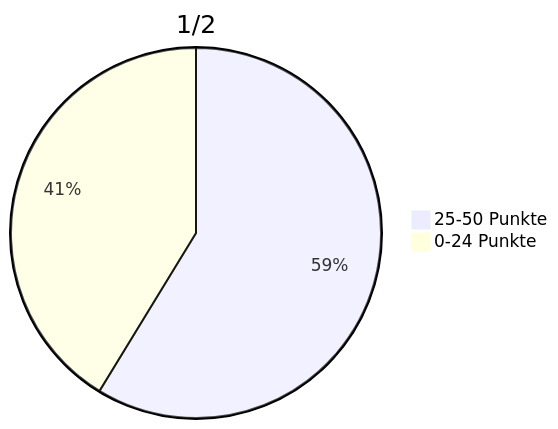
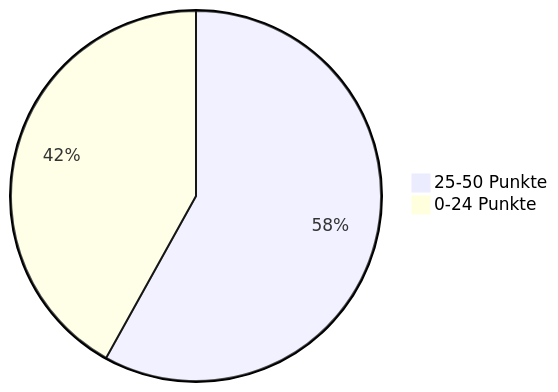
One commit to jappuccini/java-docs changed diagram 15 of 16 in docs/additional-material/daniel-java2/exam-results.md. Above: the diagram before and after it, drawn with Mermaid. The commit also changed other lines of this file and 76 other files, not shown here.

Commit message:
uml fixes (colons, properties), headline fixes (italic) and exam result updates

````diff
--- a/docs/additional-material/daniel-java2/exam-results.md
+++ b/docs/additional-material/daniel-java2/exam-results.md
@@ -27,5 +197,5 @@
 ```mermaid
-pie title 1/2
-    "25-50 Punkte" : 37
+pie
+    "25-50 Punkte" : 36
     "0-24 Punkte" : 26
 ```
````
